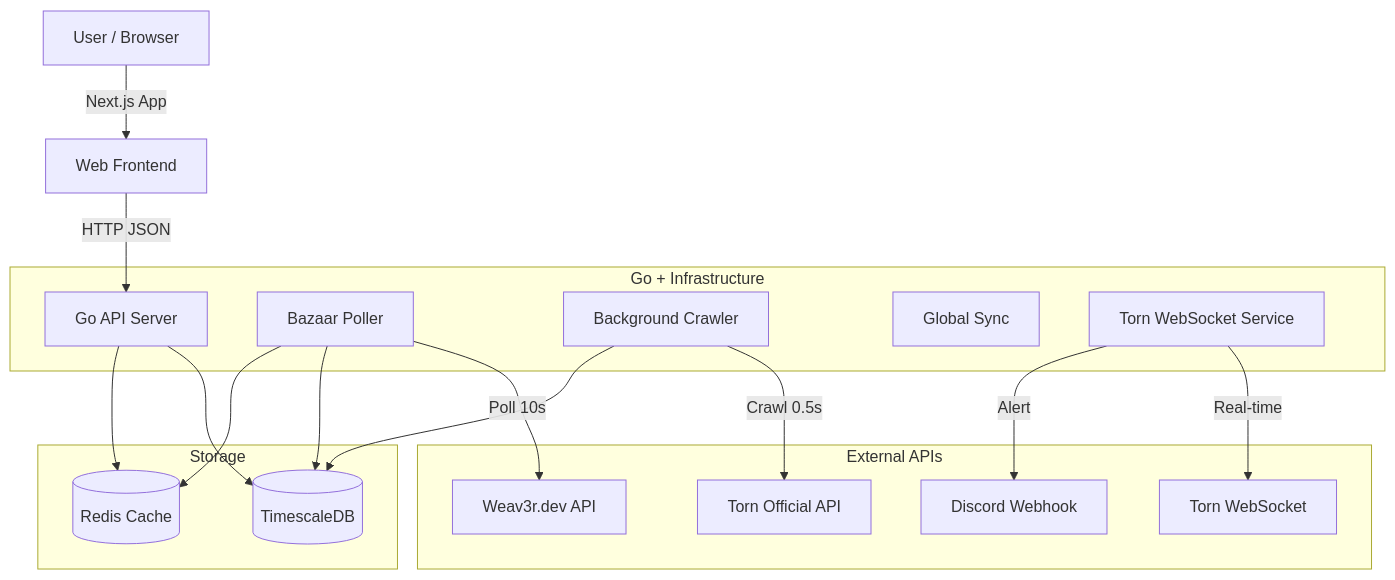
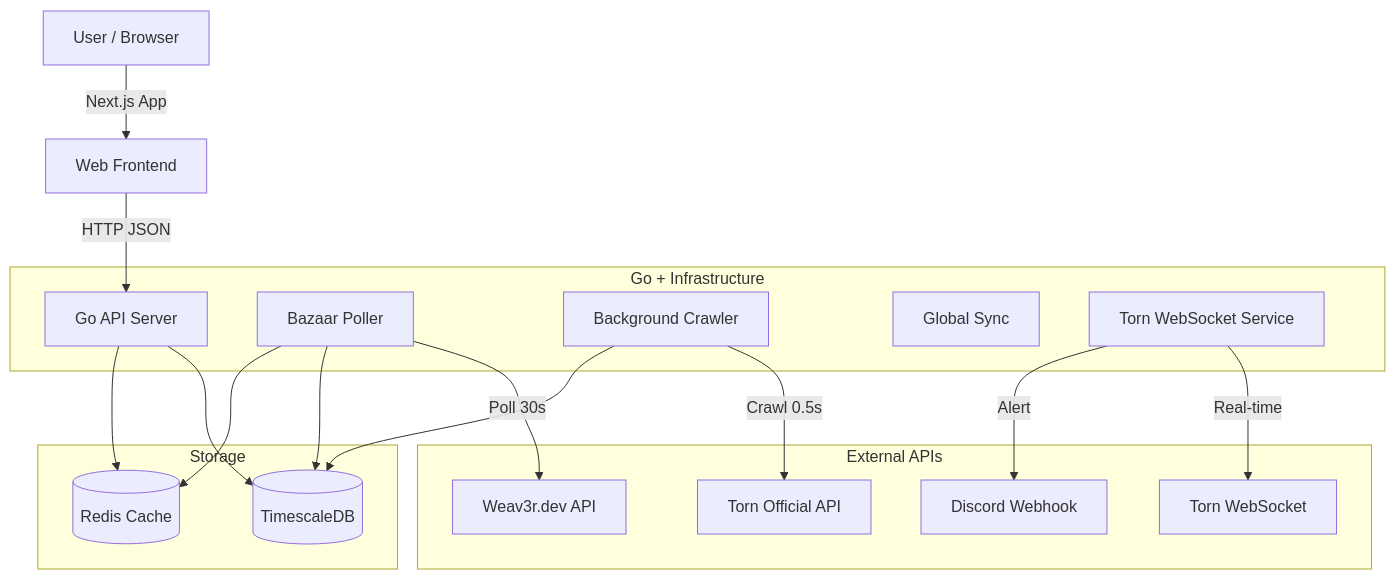
One commit to qashinka/Torn-Market-Chart changed the diagram in README.md. Above: the diagram before and after it, drawn with Mermaid. The commit also changed other lines of this file and 1 other file, not shown here.

````diff
--- a/README.md
+++ b/README.md
@@ -43,38 +45,38 @@
 ```mermaid
 graph TD
     User[User / Browser] -->|Next.js App| Web[Web Frontend]
     Web -->|HTTP JSON| API[Go API Server]
     
     subgraph Backend [Go + Infrastructure]
         API
         Worker1[Bazaar Poller]
         Worker2[Background Crawler]
         Worker3[Global Sync]
         WS[Torn WebSocket Service]
     end
     
     subgraph Data [Storage]
         DB[(TimescaleDB)]
         Redis[(Redis Cache)]
     end
     
     subgraph External [External APIs]
         TornAPI[Torn Official API]
         Weav3r[Weav3r.dev API]
         TornWS[Torn WebSocket]
         Discord[Discord Webhook]
     end
 
     API --> DB
     API --> Redis
     
-    Worker1 -->|Poll 10s| Weav3r
+    Worker1 -->|Poll 30s| Weav3r
     Worker1 --> DB
     Worker1 --> Redis
     
     Worker2 -->|Crawl 0.5s| TornAPI
     Worker2 --> DB
     
     WS -->|Real-time| TornWS
     WS -->|Alert| Discord
 ```
````
